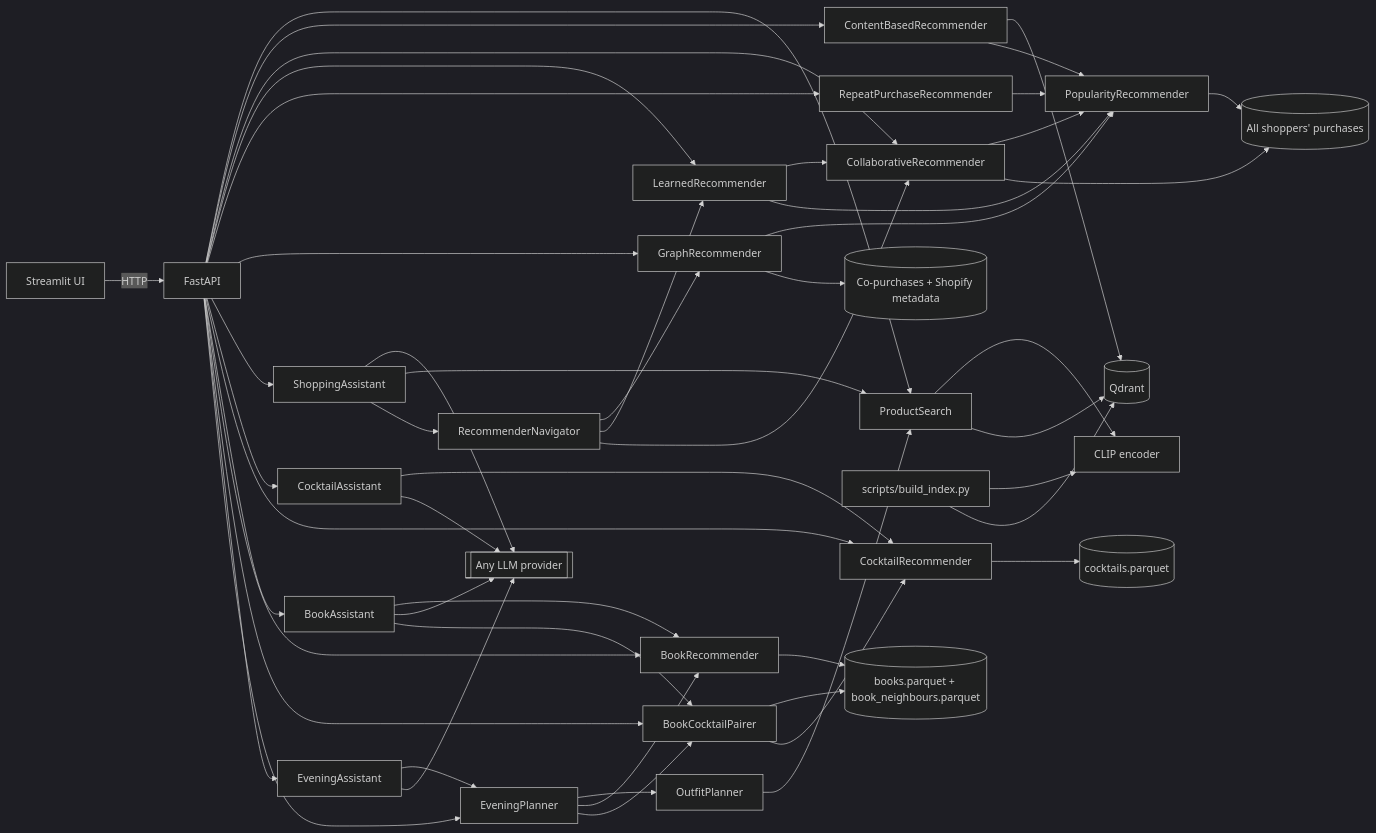
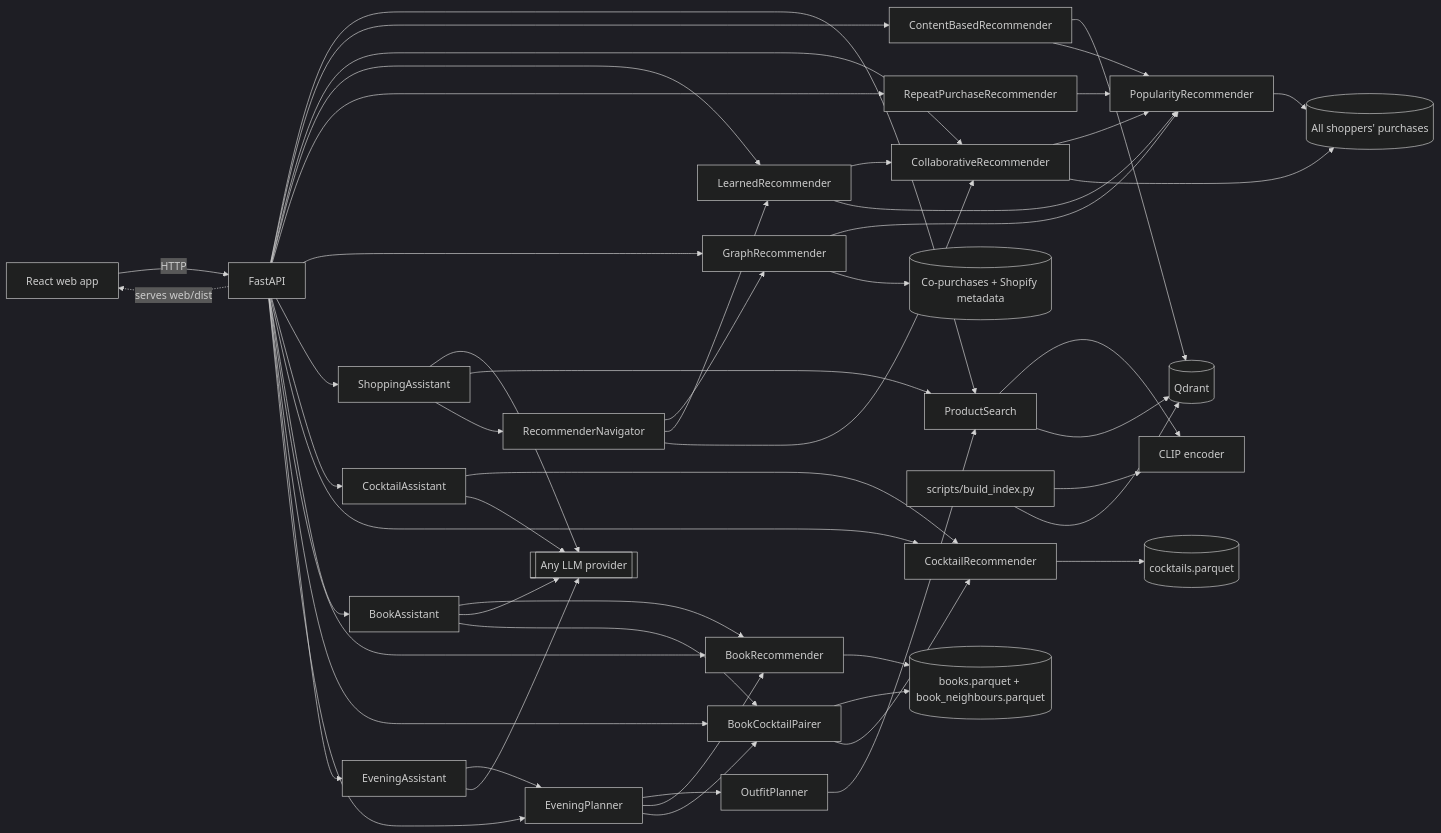
Before and after one commit to yo1am1/curio: the diagram in docs/technical-guide.md, drawn with Mermaid (dark theme). The commit also changed other lines of this file and 6 other files, not shown here.

First line of the commit message:
docs: describe one server with the React app instead of Streamlit

````diff
--- a/docs/technical-guide.md
+++ b/docs/technical-guide.md
@@ -397,44 +397,45 @@
 ```mermaid
 flowchart LR
-    UI[Streamlit UI] -- HTTP --> API[FastAPI]
+    UI[React web app] -- HTTP --> API[FastAPI]
+    API -. serves web/dist .-> UI
     API --> S[ProductSearch]
     API --> CB[ContentBasedRecommender]
     API --> CF[CollaborativeRecommender]
     API --> R[LearnedRecommender]
     API --> RP[RepeatPurchaseRecommender]
     R --> CF & P
     RP --> P
     API --> G[GraphRecommender]
     API --> A[ShoppingAssistant]
     API --> CA[CocktailAssistant]
     API --> CR[CocktailRecommender]
     CR --> CC[(cocktails.parquet)]
     CA --> CR
     CA --> LLM
     API --> BA[BookAssistant]
     API --> BR[BookRecommender]
     BR --> BC[(books.parquet + book_neighbours.parquet)]
     BA --> BR
     BA --> LLM
     API --> PR[BookCocktailPairer]
     BA --> PR
     PR --> BC & CR
     API --> EA[EveningAssistant]
     API --> EP[EveningPlanner]
     EA --> EP
     EA --> LLM
     EP --> O[OutfitPlanner] & BR & PR
     O --> S
     S --> E[CLIP encoder]
     S --> Q[(Qdrant)]
     CB --> Q
     CB & CF --> P[PopularityRecommender]
     CF & P --> SP[(All shoppers' purchases)]
     G --> P
     G --> KG[(Co-purchases + Shopify metadata)]
     A --> LLM[[Any LLM provider]]
     A --> S
     A --> N[RecommenderNavigator]
     N --> G & R & CF
     B[scripts/build_index.py] --> E & Q
 ```
````
